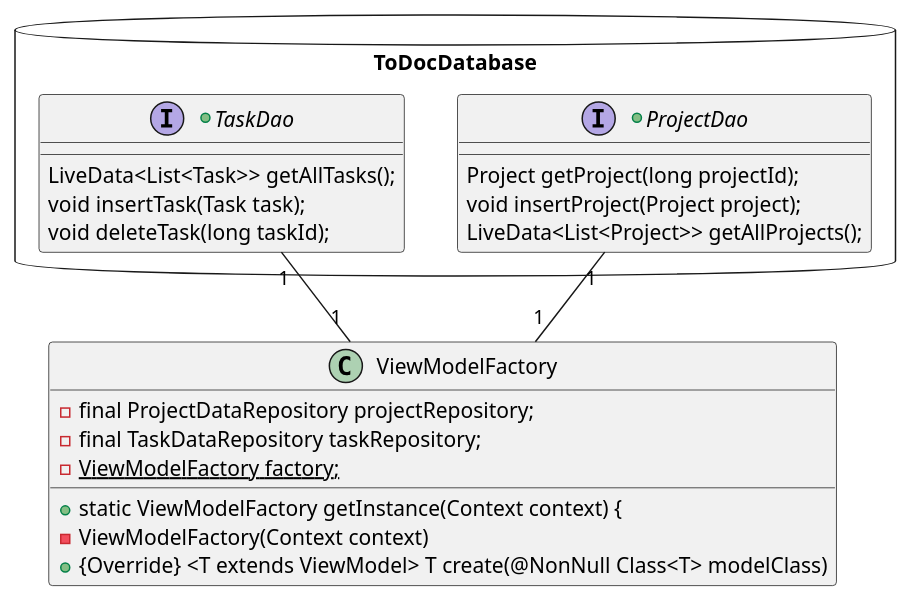
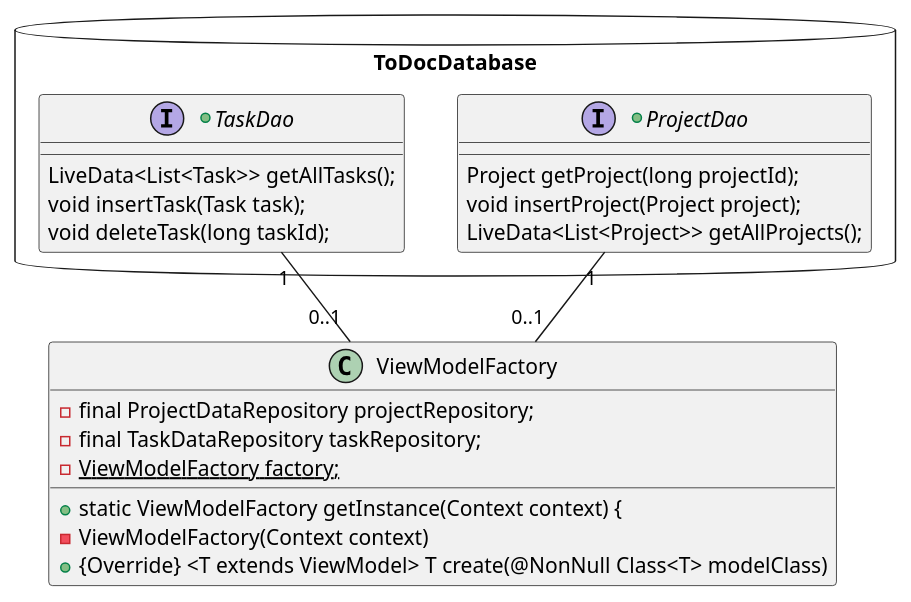
Before and after one commit to Daiqua/OC_projet_5: the diagram in todoc-master/app/src/main/java/com/cleanup/todoc/utils/DatabaseMPD.puml, drawn with PlantUML. The commit also changed 8 other files, not shown here.

```diff
--- a/todoc-master/app/src/main/java/com/cleanup/todoc/utils/DatabaseMPD.puml
+++ b/todoc-master/app/src/main/java/com/cleanup/todoc/utils/DatabaseMPD.puml
@@ -1,39 +1,39 @@
 @startuml
 'https://plantuml.com/deployment-diagram
 
 package ToDocDatabase <<database>> {
 
      +interface ProjectDao {
             Project getProject(long projectId);
             void insertProject(Project project);
             LiveData<List<Project>> getAllProjects();
         }
 
     +interface TaskDao {
         LiveData<List<Task>> getAllTasks();
         void insertTask(Task task);
         void deleteTask(long taskId);
     }
 }
 
 
 class ViewModelFactory {
 
      - final ProjectDataRepository projectRepository;
      - final TaskDataRepository taskRepository;
      - {static} ViewModelFactory factory;
 
      + static ViewModelFactory getInstance(Context context) {
      - ViewModelFactory(Context context)
 
 
      + {Override} <T extends ViewModel> T create(@NonNull Class<T> modelClass)
 }
 
-ProjectDao "1"--"1" ViewModelFactory
-TaskDao "1"--"1" ViewModelFactory
+ProjectDao "1"--"0..1" ViewModelFactory
+TaskDao "1"--"0..1" ViewModelFactory
 
 
 
 
 @enduml
```
